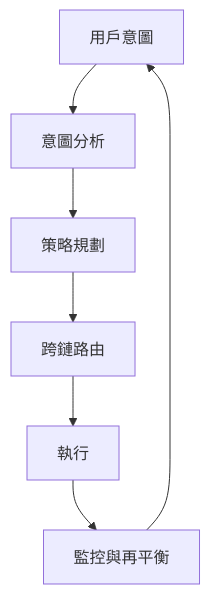
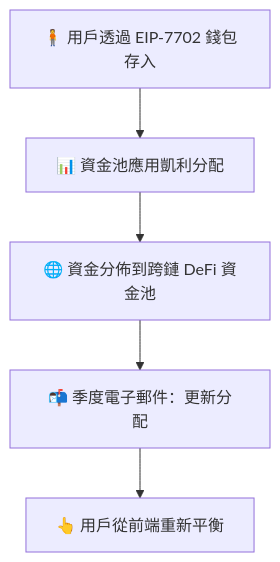
One commit to zapPilot/docs changed the diagram in i18n/zh-Hant/docusaurus-plugin-content-docs/current/how-it-works/index.md. Above: the diagram before and after it, drawn with Mermaid. The commit also changed other lines of this file and 16 other files, not shown here.

````diff
--- a/i18n/zh-Hant/docusaurus-plugin-content-docs/current/how-it-works/index.md
+++ b/i18n/zh-Hant/docusaurus-plugin-content-docs/current/how-it-works/index.md
@@ -24,9 +80,7 @@
 ```mermaid
 graph TD
-    A[用戶意圖] --> B[意圖分析]
-    B --> C[策略規劃]
-    C --> D[跨鏈路由]
-    D --> E[執行]
-    E --> F[監控與再平衡]
-    F --> A
+  A[🧍 用戶透過 EIP-7702 錢包存入] --> B[📊 資金池應用凱利分配]
+  B --> C[🌐 資金分佈到跨鏈 DeFi 資金池]
+  C --> D[📬 季度電子郵件：更新分配]
+  D --> E[👆 用戶從前端重新平衡]
 ```
````
